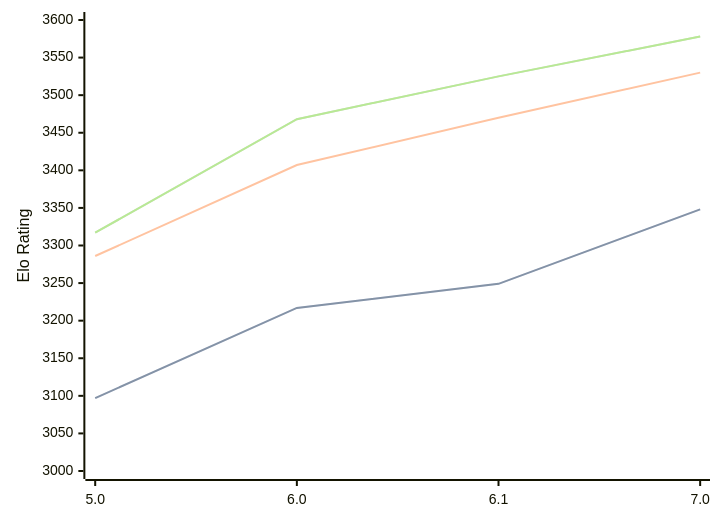
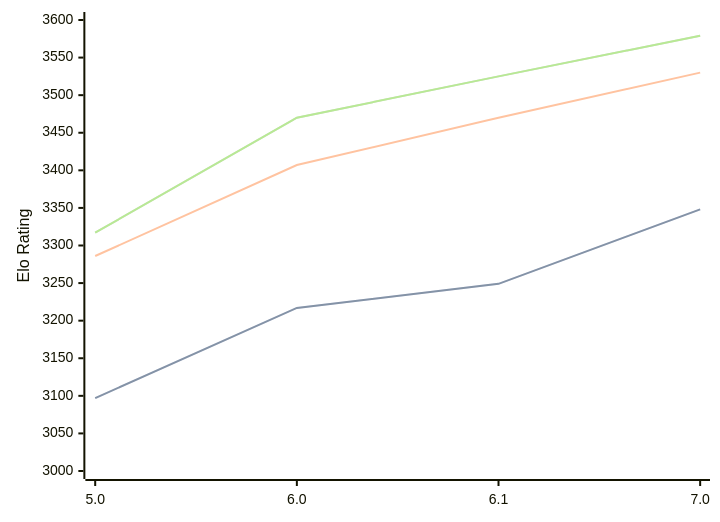
One commit to computer-chess-index/cci changed the diagram in engines/PZChessBot.md. Above: the diagram before and after it, drawn with Mermaid. The commit also changed other lines of this file, not shown here.

Commit message:
Update CCI Ratings (ELO VLTC) - 2026-05-13

````diff
--- a/engines/PZChessBot.md
+++ b/engines/PZChessBot.md
@@ -43,11 +43,11 @@
 ```mermaid
 %%{init: {"theme":"base","themeVariables":{"seriesColors:['#a3a3a3','#222221','#faa371']}}}%%
 xychart-beta
   x-axis ["5.0", "6.0", "6.1", "7.0"]
   y-axis "Elo Rating" 3000 --> 3600
   line "STC (8.0+0.08s)" [3097, 3217, 3249, 3348]
   line "STC (8.0+0.08s)" [3097, 3217, 3249, 3348]
   line "LTC (60.0+0.60s)" [3286, 3407, 3470, 3530]
-  line "VLTC (2m24s+1.12s)" [3317, 3468, 3525, 3578]
-  line "VLTC (2m24s+1.12s)" [3317, 3468, 3525, 3578]
+  line "VLTC (2m24s+1.12s)" [3317, 3470, 3525, 3579]
+  line "VLTC (2m24s+1.12s)" [3317, 3470, 3525, 3579]
 ```
````
